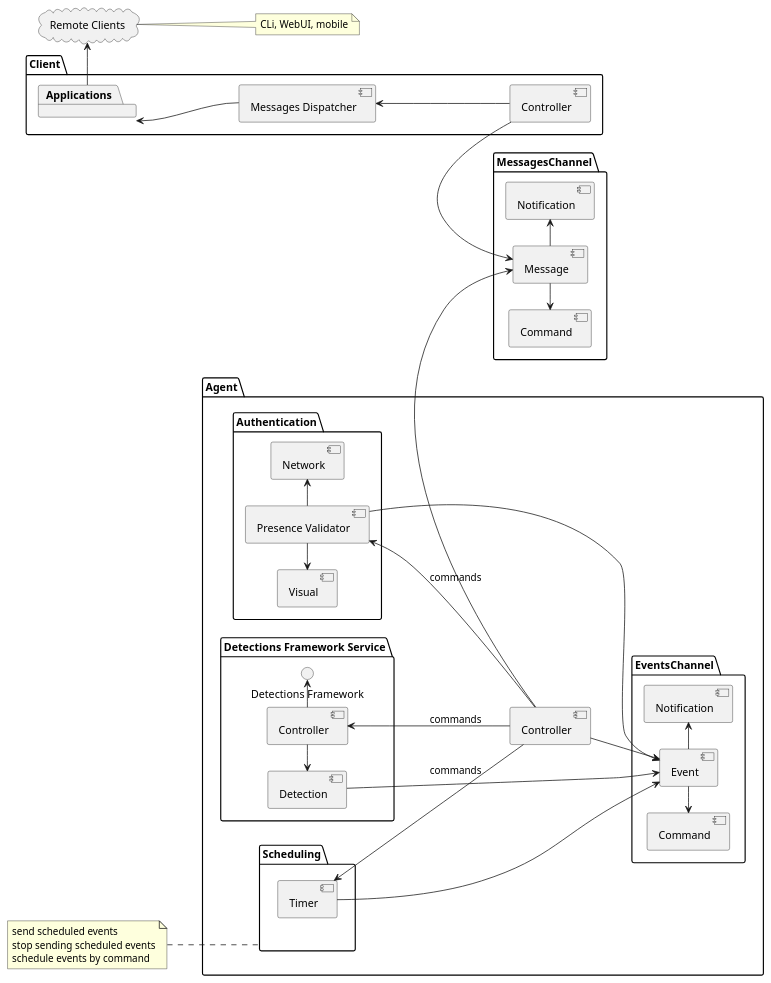
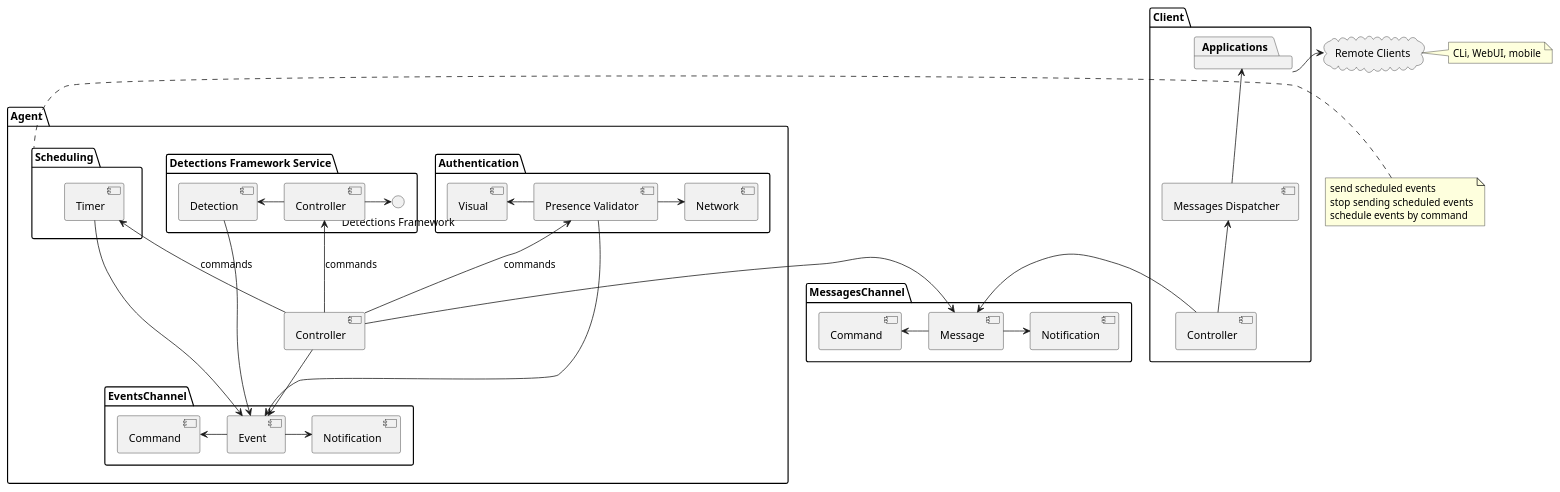
Before and after one commit to saratoga8/motion_notifier: the diagram in docs/components.puml, drawn with PlantUML. The commit also changed 9 other files, not shown here.

```diff
--- a/docs/components.puml
+++ b/docs/components.puml
@@ -1,76 +1,76 @@
 @startuml
 'https://plantuml.com/component-diagram
 
-left to right direction
 
-package "Agent" {
+
+package Agent {
     [Controller] as Agent_Controller
+
     package "Authentication" {
       [Presence Validator]
       [Network]
       [Visual]
     }
 
     package "Detections Framework Service" {
       () "Detections Framework" as DF
       [Controller] -> DF
       [Detection] <- [Controller]
     }
 
 
     package EventsChannel {
       [Command] as EventCmd
       [EventCmd] <- [Event]
       Agent_Controller --> [Event]
       [Presence Validator] -> [Event]
       [Detection] -> [Event]
       [Notification] as CmdNotification
       [Event] -> [CmdNotification]
     }
 
     package "Scheduling" {
       [Timer] -> [Event]
     }
 }
 
 package "Client" {
     [Controller] as Client_Controller
     [Messages Dispatcher] <-- Client_Controller
 
     package [Applications] {
     }
 }
 
 package MessagesChannel {
     [Command] as MsgCommand
     [MsgCommand] <- [Message]
     [Message]
     [Notification] as MsgNotification
     [Message] -> [MsgNotification]
 }
 
 
-cloud "Remote Clients" {
-}
+cloud "Remote Clients"
 
 [Applications] <-- [Messages Dispatcher]
 [Applications] -> "Remote Clients"
 Client_Controller -> [Message]
 Agent_Controller -> [Message]
 
 [Controller] <-- Agent_Controller : commands
 [Presence Validator] <-- Agent_Controller : commands
 [Timer] <-- Agent_Controller : commands
 
 [Presence Validator] -> [Network]
 [Visual] <- [Presence Validator]
 
 note right of "Remote Clients": CLi, WebUI, mobile
     note left of "Scheduling"
       send scheduled events
       stop sending scheduled events
       schedule events by command
 end note
 
 
 @enduml
```
